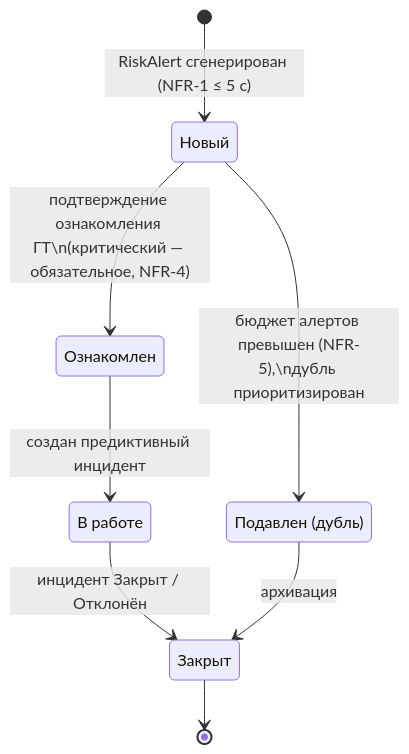
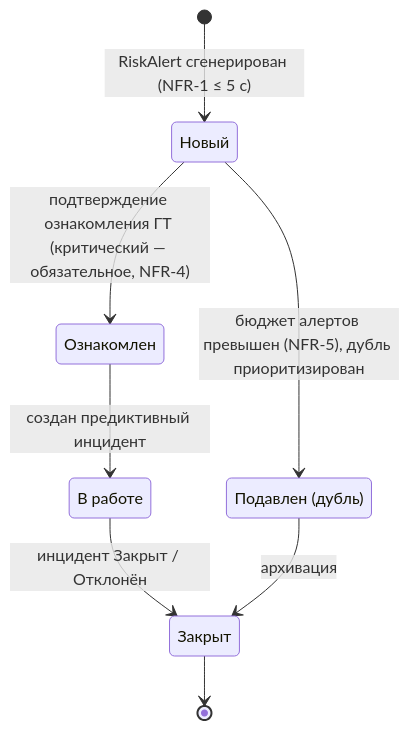
Before and after one commit to igorvolk1961/water_checker: the first of 4 diagrams in docs/system_analysis/diagrams/state_incident_alert_task.md, drawn with Mermaid. The commit also changed other lines of this file and 8 other files, not shown here.

````diff
--- a/docs/system_analysis/diagrams/state_incident_alert_task.md
+++ b/docs/system_analysis/diagrams/state_incident_alert_task.md
@@ -8,15 +8,15 @@
 ```mermaid
 stateDiagram-v2
     state "Новый" as A1
     state "Ознакомлен" as A2
     state "В работе" as A3
     state "Закрыт" as A4
     state "Подавлен (дубль)" as A5
     [*] --> A1 : RiskAlert сгенерирован (NFR-1 ≤ 5 с)
-    A1 --> A2 : подтверждение ознакомления ГТ\n(критический — обязательное, NFR-4)
+    A1 --> A2 : подтверждение ознакомления ГТ (критический — обязательное, NFR-4)
     A2 --> A3 : создан предиктивный инцидент
     A3 --> A4 : инцидент Закрыт / Отклонён
-    A1 --> A5 : бюджет алертов превышен (NFR-5),\nдубль приоритизирован
+    A1 --> A5 : бюджет алертов превышен (NFR-5), дубль приоритизирован
     A5 --> A4 : архивация
     A4 --> [*]
 ```
````
